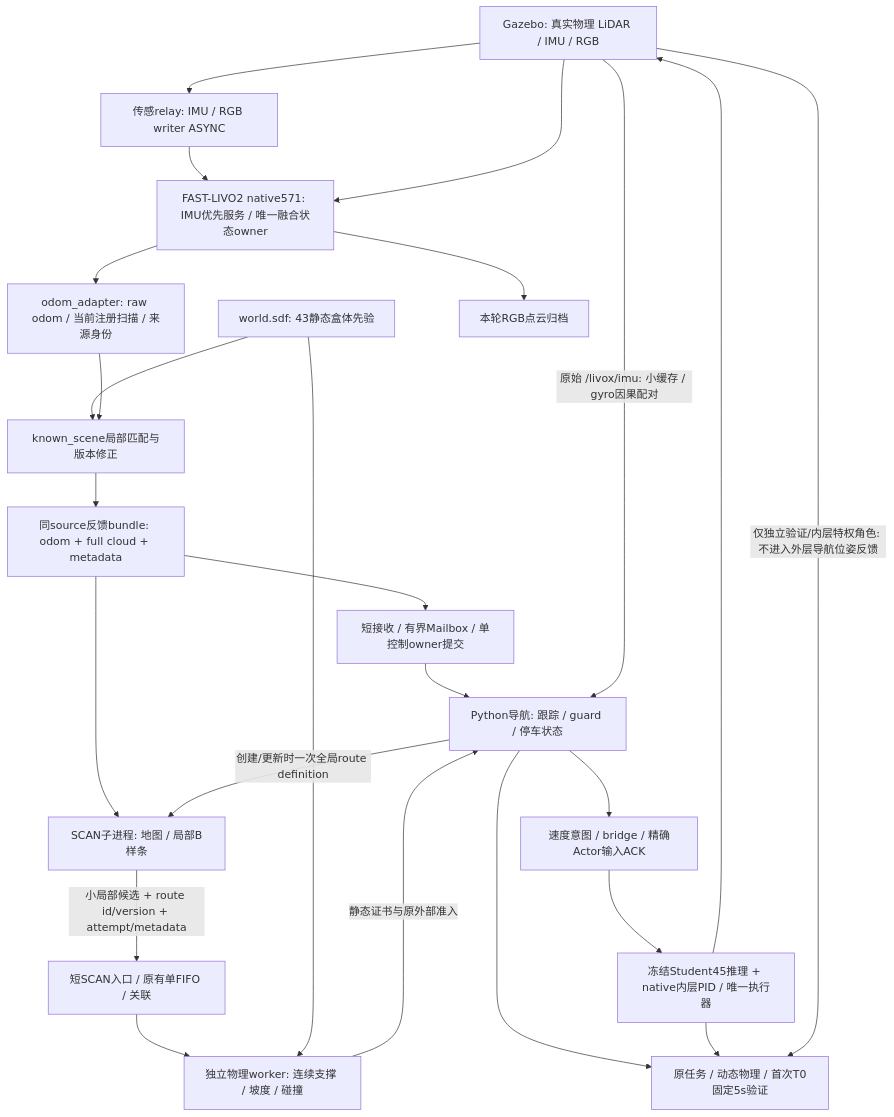
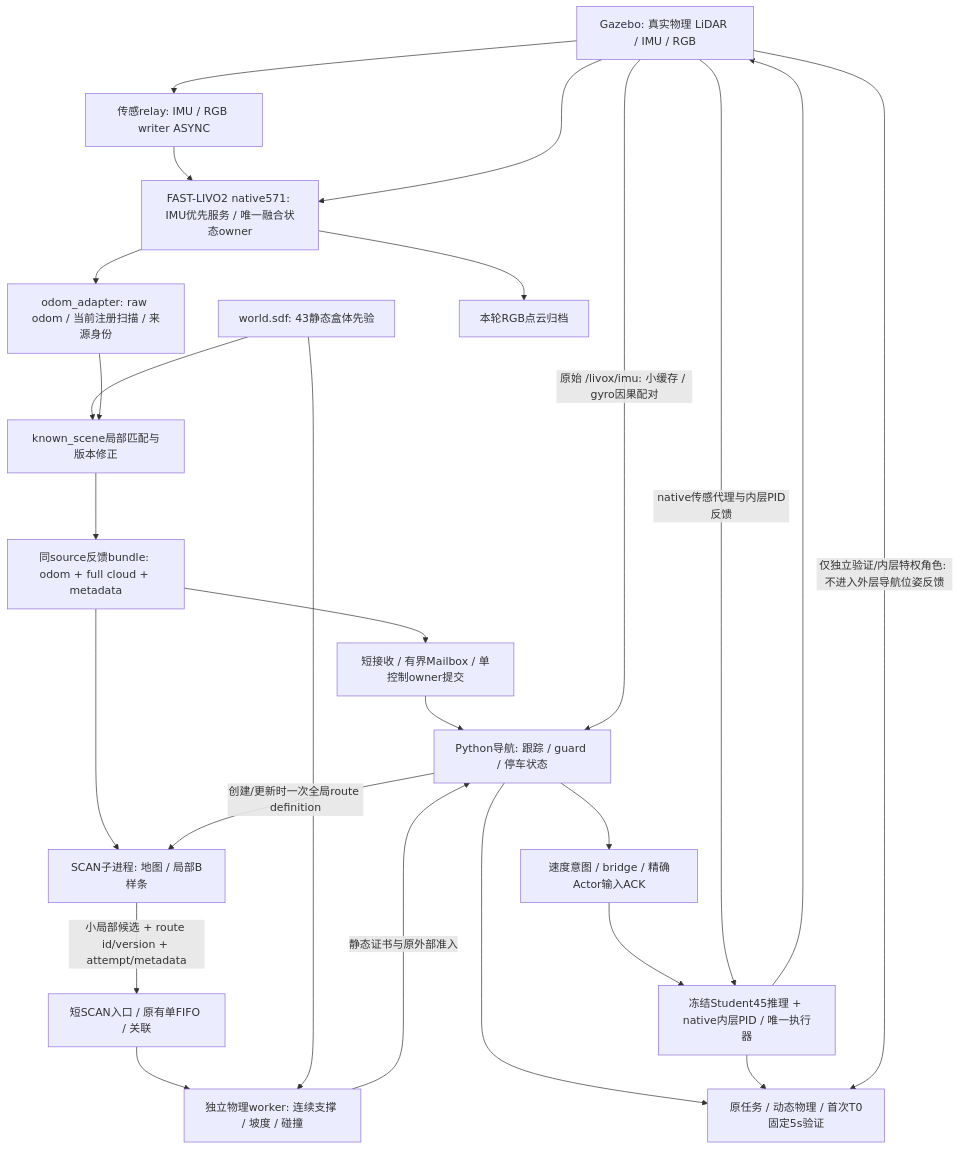
Before and after one commit to hk865/Fast-Livo2-SCAN-Gazebo-dog-sim-control: the first of 2 diagrams in docs/FORMAL22_DATAFLOW.md, drawn with Mermaid. The commit also changed other lines of this file and 25 other files, not shown here.

````diff
--- a/docs/FORMAL22_DATAFLOW.md
+++ b/docs/FORMAL22_DATAFLOW.md
@@ -3,26 +3,27 @@
 ```mermaid
 flowchart TD
   G[Gazebo: 真实物理 LiDAR / IMU / RGB] --> R[传感relay: IMU / RGB writer ASYNC]
   R --> L[FAST-LIVO2 native571: IMU优先服务 / 唯一融合状态owner]
   G --> L
   L --> O[odom_adapter: raw odom / 当前注册扫描 / 来源身份]
   S[world.sdf: 43静态盒体先验] --> K[known_scene局部匹配与版本修正]
   O --> K
   K --> B[同source反馈bundle: odom + full cloud + metadata]
   B --> F[短接收 / 有界Mailbox / 单控制owner提交]
   F --> C[Python导航: 跟踪 / guard / 停车状态]
   G -->|原始 /livox/imu: 小缓存 / gyro因果配对| C
   B --> P[SCAN子进程: 地图 / 局部B样条]
   C -->|创建/更新时一次全局route definition| P
   P -->|小局部候选 + route id/version + attempt/metadata| I[短SCAN入口 / 原有单FIFO / 关联]
   I --> W[独立物理worker: 连续支撑 / 坡度 / 碰撞]
   S --> W
   W -->|静态证书与原外部准入| C
   C --> E[速度意图 / bridge / 精确Actor输入ACK]
   E --> A[冻结Student45推理 + native内层PID / 唯一执行器]
   A --> G
+  G -- native传感代理与内层PID反馈 --> A
   L --> M[本轮RGB点云归档]
   C --> V[原任务 / 动态物理 / 首次T0固定5s验证]
   A --> V
   G -->|仅独立验证/内层特权角色: 不进入外层导航位姿反馈| V
 ```
````
